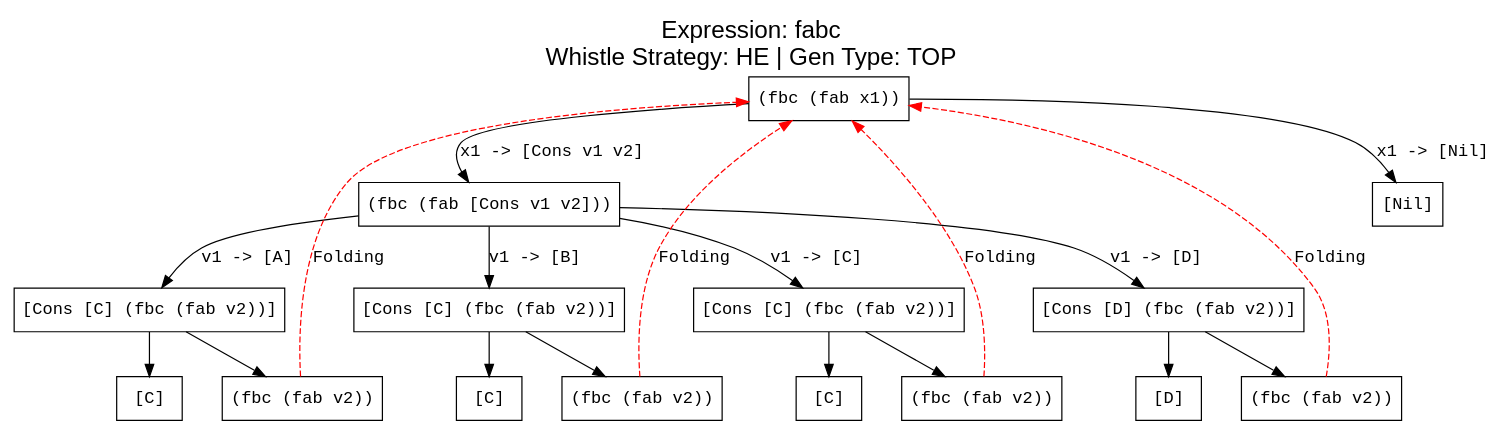
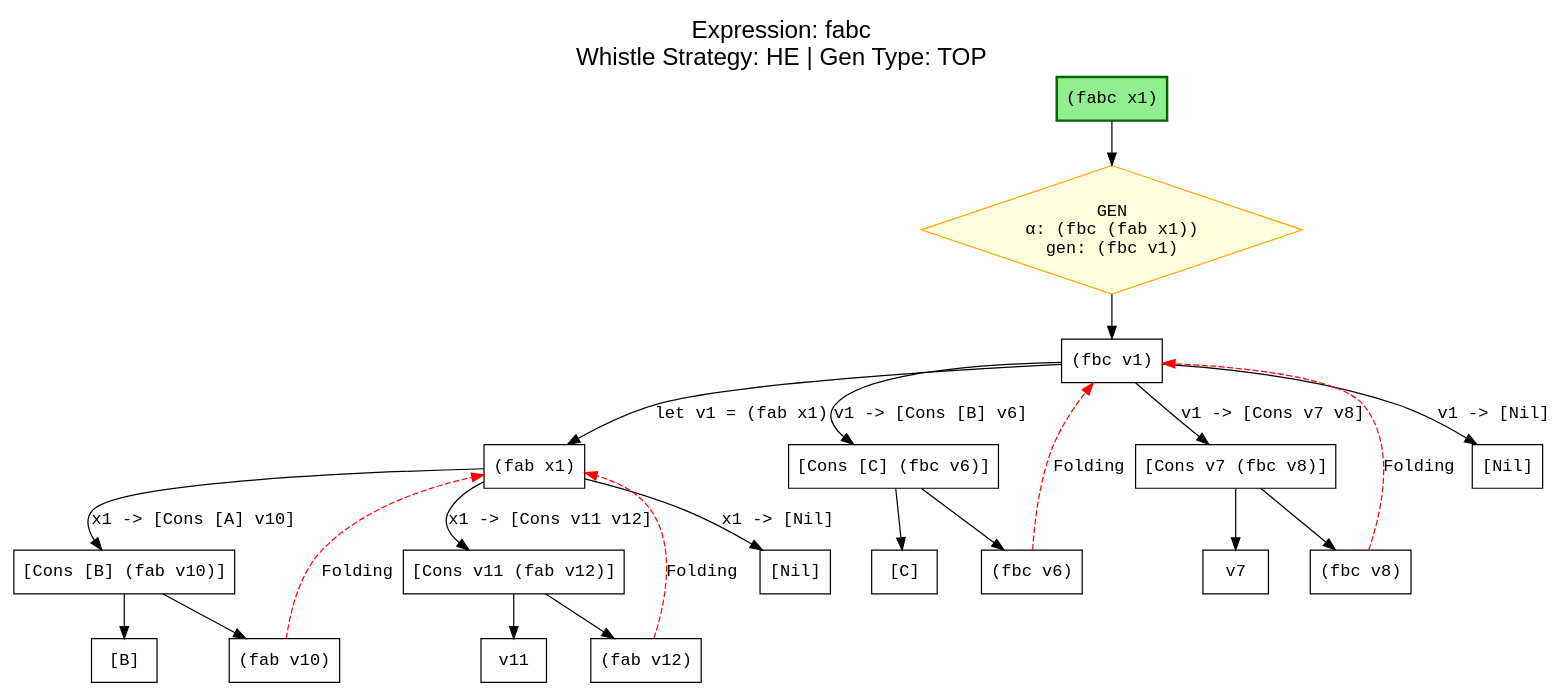
The diagram in output/test4/he_fabc.dot (makezh/coursework_supercompiler), drawn with Graphviz before and after one commit. The commit also changed 20 other files, not shown here.

```diff
--- a/output/test4/he_fabc.dot
+++ b/output/test4/he_fabc.dot
@@ -1,42 +1,48 @@
 digraph ProcessTree {
   label="Expression: fabc\nWhistle Strategy: HE | Gen Type: TOP";
   labelloc="t";
   fontsize=20;
   fontname="Arial";
 
     node [fontname="Courier New"];
     edge [fontname="Courier New"];
-    n0 [label="(fbc (fab x1))", shape=box];
-    n0 -> n1 [label="x1 -> [Cons v1 v2]"];
-    n0 -> n2 [label="x1 -> [Nil]"];
-    n1 [label="(fbc (fab [Cons v1 v2]))", shape=box];
-    n1 -> n3 [label="v1 -> [A]"];
-    n1 -> n4 [label="v1 -> [B]"];
-    n1 -> n5 [label="v1 -> [C]"];
-    n1 -> n6 [label="v1 -> [D]"];
-    n2 [label="[Nil]", shape=box];
-    n3 [label="[Cons [C] (fbc (fab v2))]", shape=box];
-    n3 -> n7 [label=""];
-    n3 -> n8 [label=""];
-    n4 [label="[Cons [C] (fbc (fab v2))]", shape=box];
-    n4 -> n9 [label=""];
-    n4 -> n10 [label=""];
-    n5 [label="[Cons [C] (fbc (fab v2))]", shape=box];
-    n5 -> n11 [label=""];
+    start [label="(fabc x1)", shape=box, style="filled", fillcolor="lightgreen", color="darkgreen", penwidth=2.0];
+    gen1 [label="GEN\nα: (fbc (fab x1))\ngen: (fbc v1)", shape=diamond, style="filled", fillcolor="lightyellow", color="orange"];
+    start -> gen1 [];
+    gen1 -> n0 [];
+    n0 [label="(fbc v1)", shape=box];
+    n0 -> n1 [label="let v1 = (fab x1)"];
+    n0 -> n2 [label="v1 -> [Cons [B] v6]"];
+    n0 -> n3 [label="v1 -> [Cons v7 v8]"];
+    n0 -> n4 [label="v1 -> [Nil]"];
+    n1 [label="(fab x1)", shape=box];
+    n1 -> n5 [label="x1 -> [Cons [A] v10]"];
+    n1 -> n6 [label="x1 -> [Cons v11 v12]"];
+    n1 -> n7 [label="x1 -> [Nil]"];
+    n2 [label="[Cons [C] (fbc v6)]", shape=box];
+    n2 -> n8 [label=""];
+    n2 -> n9 [label=""];
+    n3 [label="[Cons v7 (fbc v8)]", shape=box];
+    n3 -> n10 [label=""];
+    n3 -> n11 [label=""];
+    n4 [label="[Nil]", shape=box];
+    n5 [label="[Cons [B] (fab v10)]", shape=box];
     n5 -> n12 [label=""];
-    n6 [label="[Cons [D] (fbc (fab v2))]", shape=box];
-    n6 -> n13 [label=""];
+    n5 -> n13 [label=""];
+    n6 [label="[Cons v11 (fab v12)]", shape=box];
     n6 -> n14 [label=""];
-    n7 [label="[C]", shape=box];
-    n8 [label="(fbc (fab v2))", shape=box];
-    n8 -> n0 [style=dashed, color=red, label="Folding"];
-    n9 [label="[C]", shape=box];
-    n10 [label="(fbc (fab v2))", shape=box];
-    n10 -> n0 [style=dashed, color=red, label="Folding"];
-    n11 [label="[C]", shape=box];
-    n12 [label="(fbc (fab v2))", shape=box];
-    n12 -> n0 [style=dashed, color=red, label="Folding"];
-    n13 [label="[D]", shape=box];
-    n14 [label="(fbc (fab v2))", shape=box];
-    n14 -> n0 [style=dashed, color=red, label="Folding"];
+    n6 -> n15 [label=""];
+    n7 [label="[Nil]", shape=box];
+    n8 [label="[C]", shape=box];
+    n9 [label="(fbc v6)", shape=box];
+    n9 -> n0 [style=dashed, color=red, label="Folding"];
+    n10 [label="v7", shape=box];
+    n11 [label="(fbc v8)", shape=box];
+    n11 -> n0 [style=dashed, color=red, label="Folding"];
+    n12 [label="[B]", shape=box];
+    n13 [label="(fab v10)", shape=box];
+    n13 -> n1 [style=dashed, color=red, label="Folding"];
+    n14 [label="v11", shape=box];
+    n15 [label="(fab v12)", shape=box];
+    n15 -> n1 [style=dashed, color=red, label="Folding"];
 }
```
